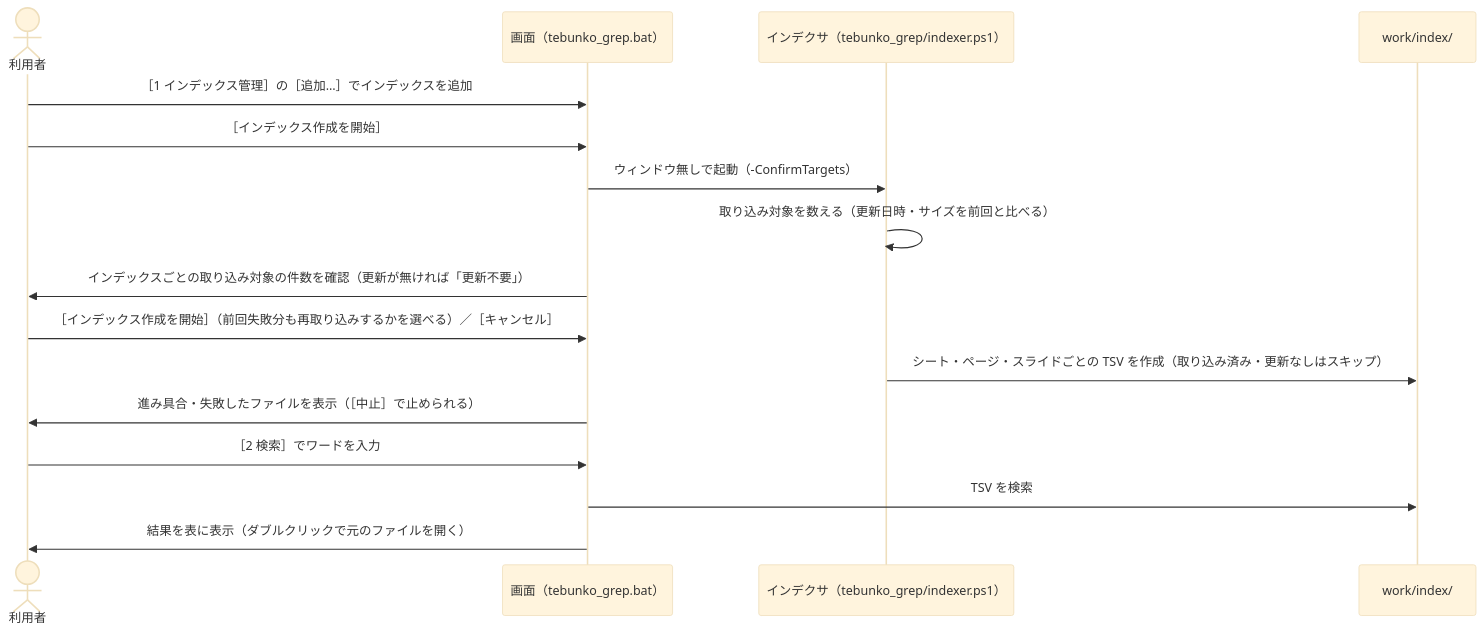
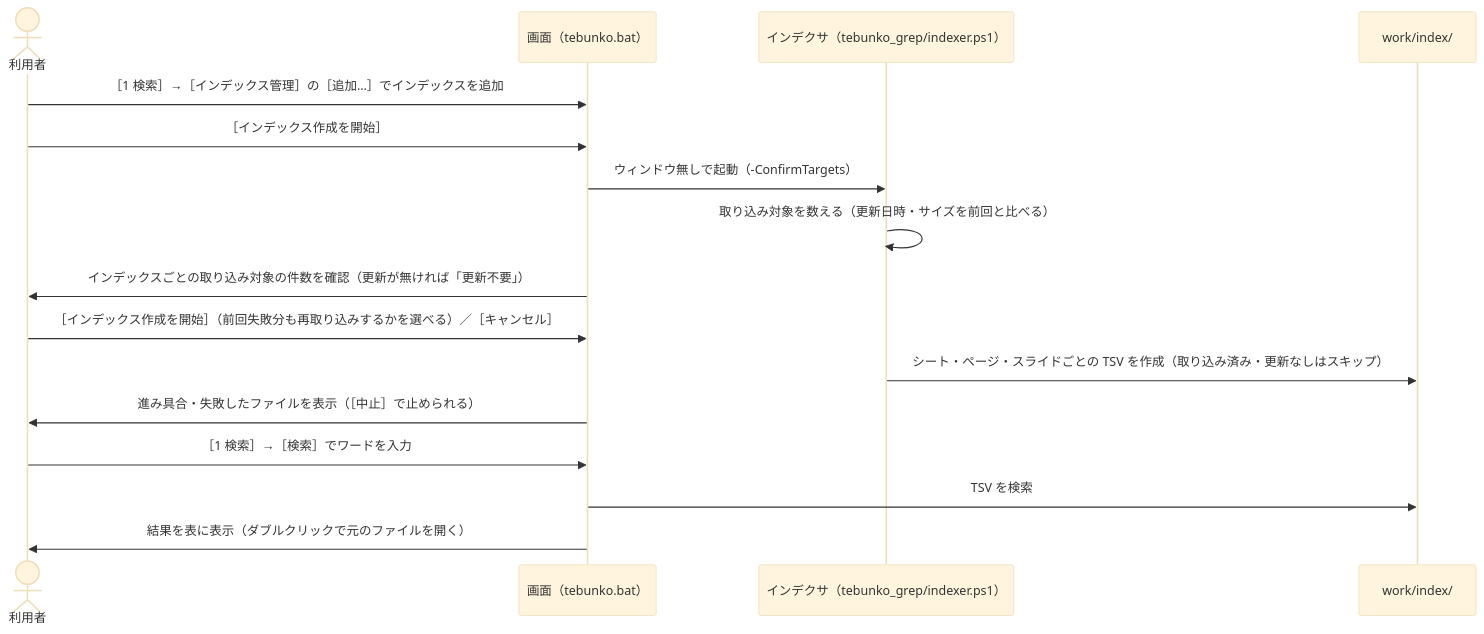
The second of 3 diagrams in docs/00_index.md (hsgwa/tebunko), drawn with Mermaid (base theme) before and after one commit. The commit also changed other lines of this file and 43 other files, not shown here.

````diff
--- a/docs/00_index.md
+++ b/docs/00_index.md
@@ -162,19 +180,19 @@
 ```mermaid
 sequenceDiagram
     actor U as 利用者
-    participant G as 画面（tebunko_grep.bat）
+    participant G as 画面（tebunko.bat）
     participant CV as インデクサ（tebunko_grep/indexer.ps1）
     participant W as work/index/
 
-    U->>G: ［1 インデックス管理］の［追加…］でインデックスを追加
+    U->>G: ［1 検索］→［インデックス管理］の［追加…］でインデックスを追加
     U->>G: ［インデックス作成を開始］
     G->>CV: ウィンドウ無しで起動（-ConfirmTargets）
     CV->>CV: 取り込み対象を数える（更新日時・サイズを前回と比べる）
     G->>U: インデックスごとの取り込み対象の件数を確認（更新が無ければ「更新不要」）
     U->>G: ［インデックス作成を開始］（前回失敗分も再取り込みするかを選べる）／［キャンセル］
     CV->>W: シート・ページ・スライドごとの TSV を作成（取り込み済み・更新なしはスキップ）
     G->>U: 進み具合・失敗したファイルを表示（［中止］で止められる）
-    U->>G: ［2 検索］でワードを入力
+    U->>G: ［1 検索］→［検索］でワードを入力
     G->>W: TSV を検索
     G->>U: 結果を表に表示（ダブルクリックで元のファイルを開く）
 ```
````
